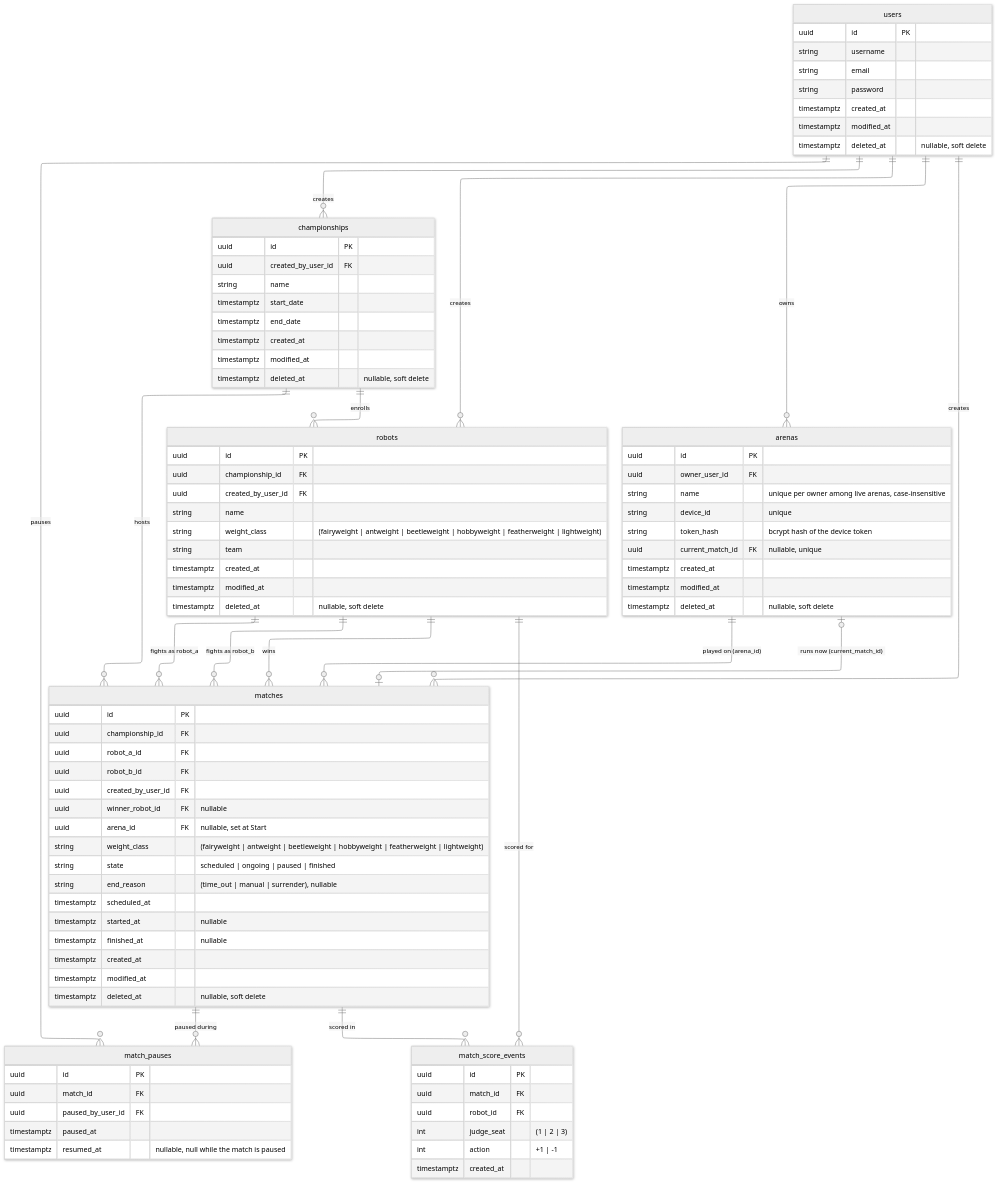
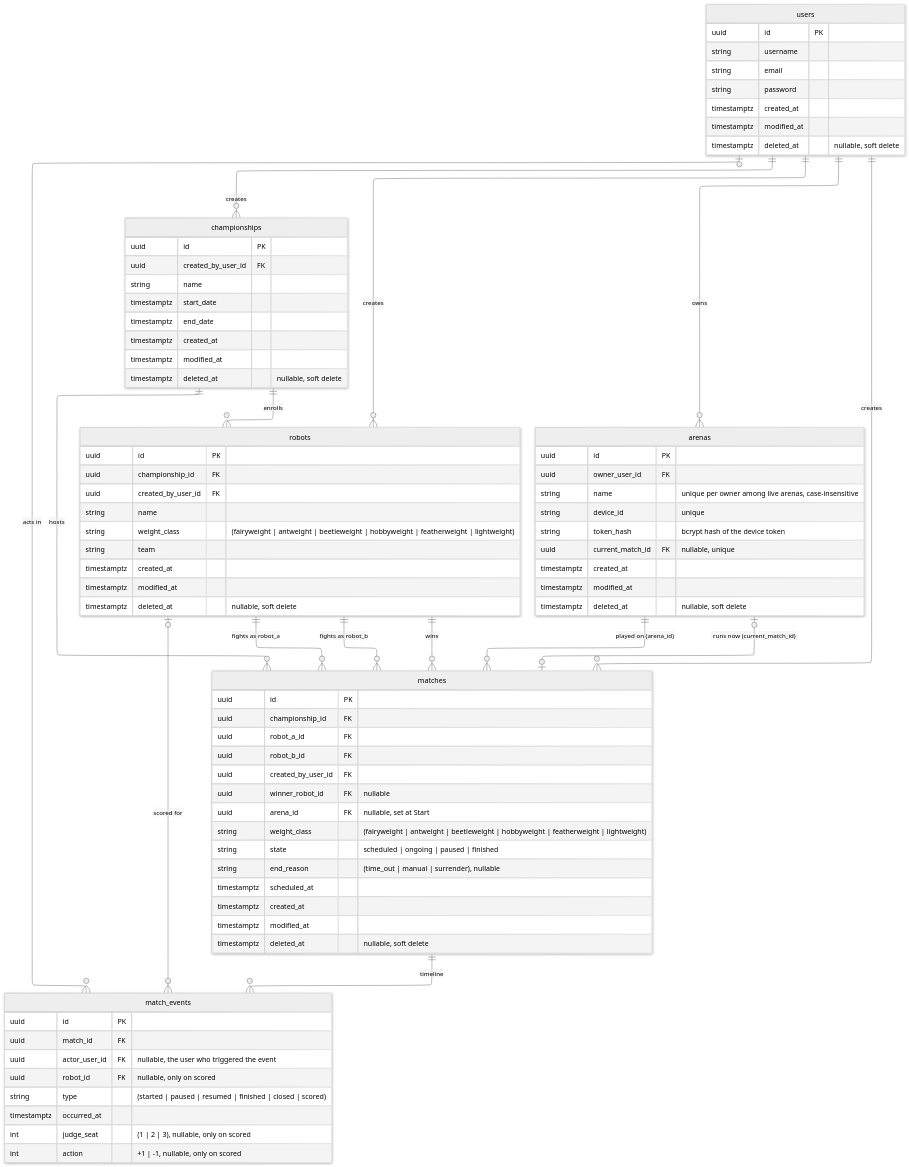
The diagram in docs/database-model.md (UTFPR-Oficinas-2/crossliseu), drawn with Mermaid (neutral theme) before and after one commit. The commit also changed other lines of this file and 10 other files, not shown here.

Commit message:
feat(api): one match_events table for the match timeline

````diff
--- a/docs/database-model.md
+++ b/docs/database-model.md
@@ -40,10 +40,9 @@
   users ||--o{ matches : creates
   users ||--o{ robots : creates
   users ||--o{ arenas : owns
-  matches ||--o{ match_pauses : "paused during"
-  users ||--o{ match_pauses : pauses
-  matches ||--o{ match_score_events : "scored in"
-  robots  ||--o{ match_score_events : "scored for"
+  matches ||--o{ match_events : "timeline"
+  users |o--o{ match_events : "acts in"
+  robots |o--o{ match_events : "scored for"
   robots ||--o{ matches : "wins"
   arenas |o--o| matches : "runs now (current_match_id)"
   arenas ||--o{ matches : "played on (arena_id)"
@@ -90,8 +89,6 @@
     string state "scheduled | ongoing | paused | finished"
     string end_reason "(time_out | manual | surrender), nullable"
     timestamptz scheduled_at
-    timestamptz started_at "nullable"
-    timestamptz finished_at "nullable"
     timestamptz created_at
     timestamptz modified_at
     timestamptz deleted_at "nullable, soft delete"
@@ -107,19 +104,14 @@
     timestamptz modified_at
     timestamptz deleted_at "nullable, soft delete"
   }
-  match_score_events {
+  match_events {
     uuid id PK
     uuid match_id FK
-    uuid robot_id FK
-    int judge_seat "(1 | 2 | 3)"
-    int action "+1 | -1"
-    timestamptz created_at
-  }
-  match_pauses {
-    uuid id PK
-    uuid match_id FK
-    uuid paused_by_user_id FK
-    timestamptz paused_at
-    timestamptz resumed_at "nullable, null while the match is paused"
+    uuid actor_user_id FK "nullable, the user who triggered the event"
+    uuid robot_id FK "nullable, only on scored"
+    string type "(started | paused | resumed | finished | closed | scored)"
+    timestamptz occurred_at
+    int judge_seat "(1 | 2 | 3), nullable, only on scored"
+    int action "+1 | -1, nullable, only on scored"
   }
 ```
````
